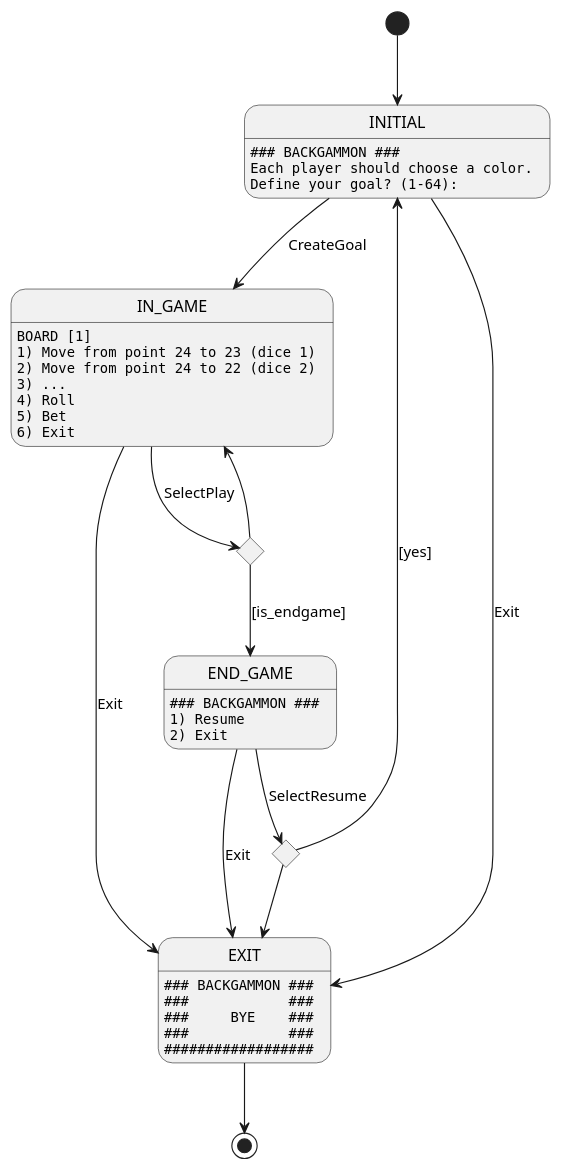
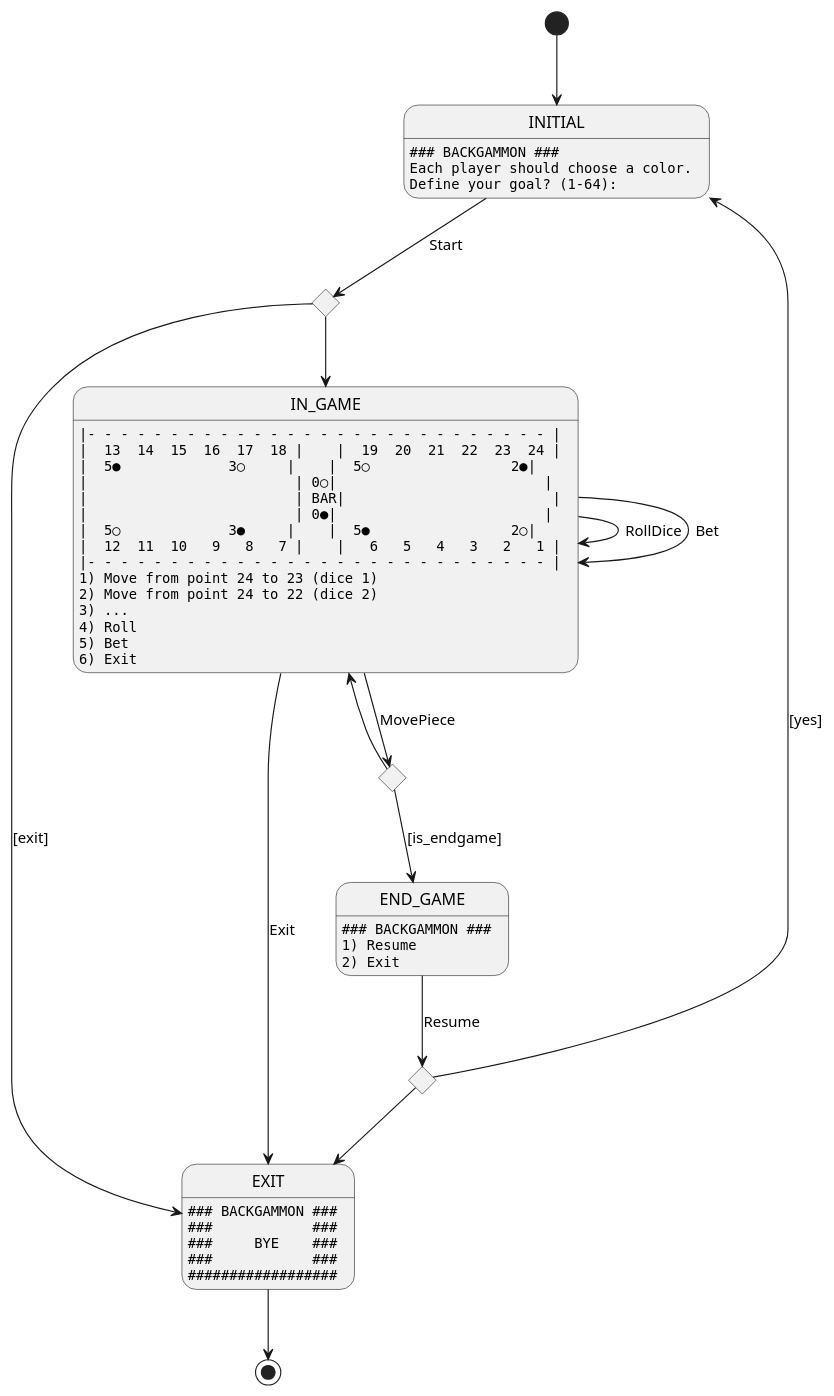
The diagram in rup/context/gui.puml (USantaTecla-game-backgammon/backgammon), drawn with PlantUML before and after one commit. The commit also changed 14 other files, not shown here.

Commit message:
Improve naming: select_play by do_action and configure_goal by start

```diff
--- a/rup/context/gui.puml
+++ b/rup/context/gui.puml
@@ -1,47 +1,61 @@
 @startuml contexto
 
-state INITIAL
-INITIAL: ""### BACKGAMMON ###""
-INITIAL: ""Each player should choose a color.""
-INITIAL: ""Define your goal? (1-64):""
-state IN_GAME
-IN_GAME: ""BOARD [1]""
-IN_GAME: ""1) Move from point 24 to 23 (dice 1)""
-IN_GAME: ""2) Move from point 24 to 22 (dice 2)""
-IN_GAME: ""3) ...""
-IN_GAME: ""4) Roll""
-IN_GAME: ""5) Bet""
-IN_GAME: ""6) Exit""
-state END_GAME
-END_GAME: ""### BACKGAMMON ###""
-END_GAME: ""1) Resume""
-END_GAME: ""2) Exit""
-state EXIT
-EXIT: ""### BACKGAMMON ###""
-EXIT: ""###            ###""
-EXIT: ""###     BYE    ###""
-EXIT: ""###            ###""
-EXIT: ""##################""
+state INITIAL : \
+""### BACKGAMMON ###""\n\
+""Each player should choose a color.""\n\
+""Define your goal? (1-64):""
+
+state IN_GAME : \
+""|- - - - - - - - - - - - - - - - - - - - - - - - - - - - |""\n\
+""|  13  14  15  16  17  18 |    |  19  20  21  22  23  24 |""\n\
+""|  5●             3○     |    |  5○                 2●|""\n\
+""|                         | 0○|                         |""\n\
+""|                         | BAR|                         |""\n\
+""|                         | 0●|                         |""\n\
+""|  5○             3●     |    |  5●                 2○|""\n\
+""|  12  11  10   9   8   7 |    |   6   5   4   3   2   1 |""\n\
+""|- - - - - - - - - - - - - - - - - - - - - - - - - - - - |""\n\
+""1) Move from point 24 to 23 (dice 1)""\n\
+""2) Move from point 24 to 22 (dice 2)""\n\
+""3) ...""\n\
+""4) Roll""\n\
+""5) Bet""\n\
+""6) Exit""
+
+state END_GAME : \
+""### BACKGAMMON ###""\n\
+""1) Resume""\n\
+""2) Exit""
+
+state EXIT : \
+""### BACKGAMMON ###""\n\
+""###            ###""\n\
+""###     BYE    ###""\n\
+""###            ###""\n\
+""##################""
+
 state is_endgame <<choice>>
 state is_resume <<choice>>
-
+state exit_from_initial <<choice>>
 
 
 [*] --> INITIAL
-INITIAL --> IN_GAME: CreateGoal
-INITIAL --> EXIT: Exit
+INITIAL --> exit_from_initial: Start
+exit_from_initial --> IN_GAME
+exit_from_initial --> EXIT: [exit]
 
-IN_GAME --> is_endgame: SelectPlay
+IN_GAME --> IN_GAME : RollDice
+IN_GAME --> IN_GAME : Bet
+IN_GAME --> is_endgame: MovePiece
 IN_GAME --> EXIT: Exit
 is_endgame --> IN_GAME
 is_endgame --> END_GAME: [is_endgame]
 
 
-END_GAME --> is_resume: SelectResume
-END_GAME --> EXIT: Exit
+END_GAME --> is_resume: Resume
 
 is_resume --> INITIAL: [yes]
 is_resume --> EXIT
 
 EXIT --> [*]
 @enduml
```
